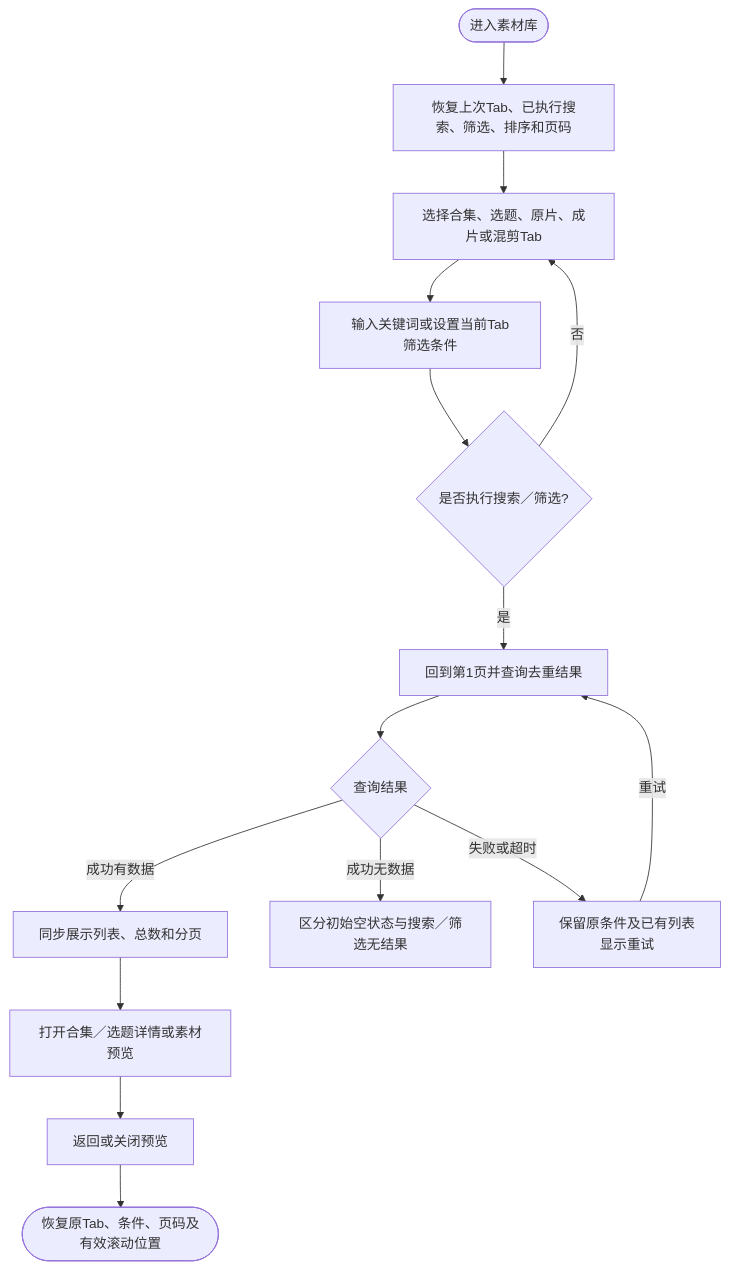
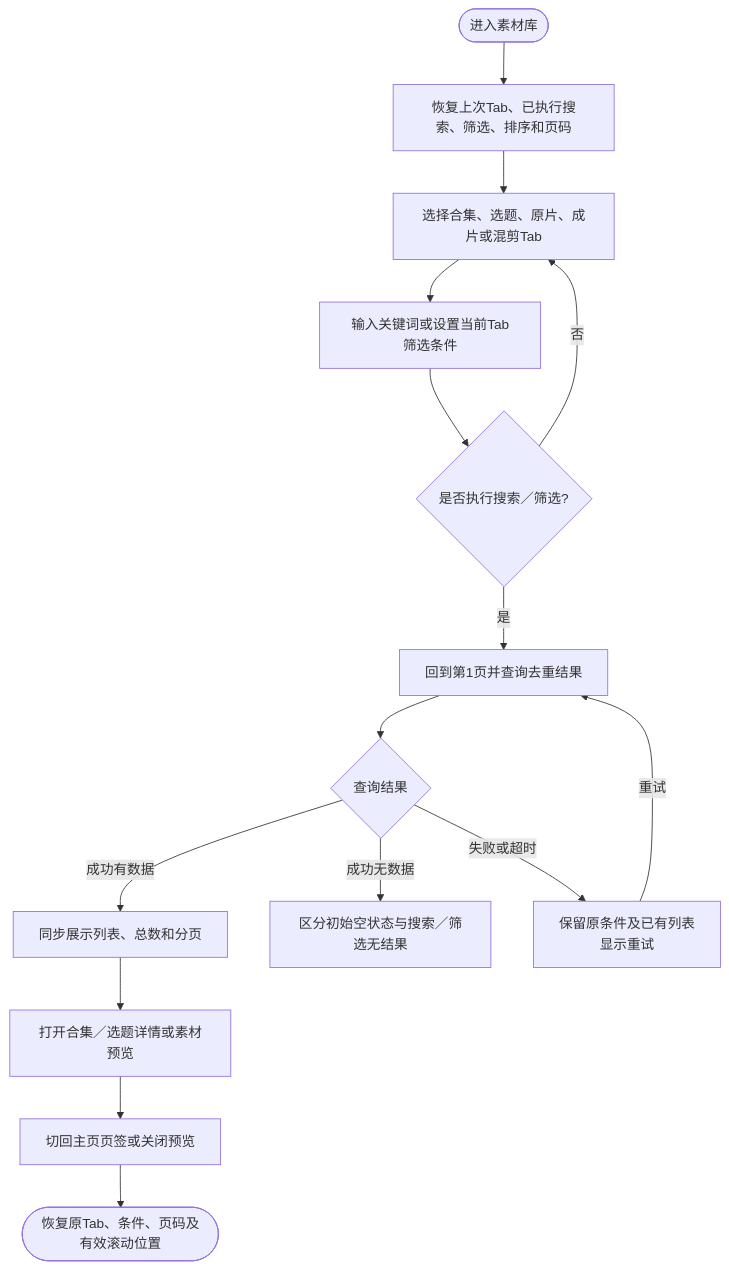
One commit to e3870732-droid/heshu-video-management-demo changed the fourth of 15 diagrams in 素材库PRD_V113.6_公司模板版.md. Above: the diagram before and after it, drawn with Mermaid. The commit also changed other lines of this file and 2 other files, not shown here.

````diff
--- a/素材库PRD_V113.6_公司模板版.md
+++ b/素材库PRD_V113.6_公司模板版.md
@@ -308,17 +308,17 @@
 ```mermaid
 flowchart TD
     A([进入素材库]) --> B[恢复上次Tab、已执行搜索、筛选、排序和页码]
     B --> C[选择合集、选题、原片、成片或混剪Tab]
     C --> D[输入关键词或设置当前Tab筛选条件]
     D --> E{是否执行搜索／筛选?}
     E -->|否| C
     E -->|是| F[回到第1页并查询去重结果]
     F --> G{查询结果}
     G -->|成功有数据| H[同步展示列表、总数和分页]
     G -->|成功无数据| I[区分初始空状态与搜索／筛选无结果]
     G -->|失败或超时| J[保留原条件及已有列表<br/>显示重试]
     H --> K[打开合集／选题详情或素材预览]
-    K --> L[返回或关闭预览]
+    K --> L[切回主页页签或关闭预览]
     L --> M([恢复原Tab、条件、页码及有效滚动位置])
     J -->|重试| F
 ```
````
